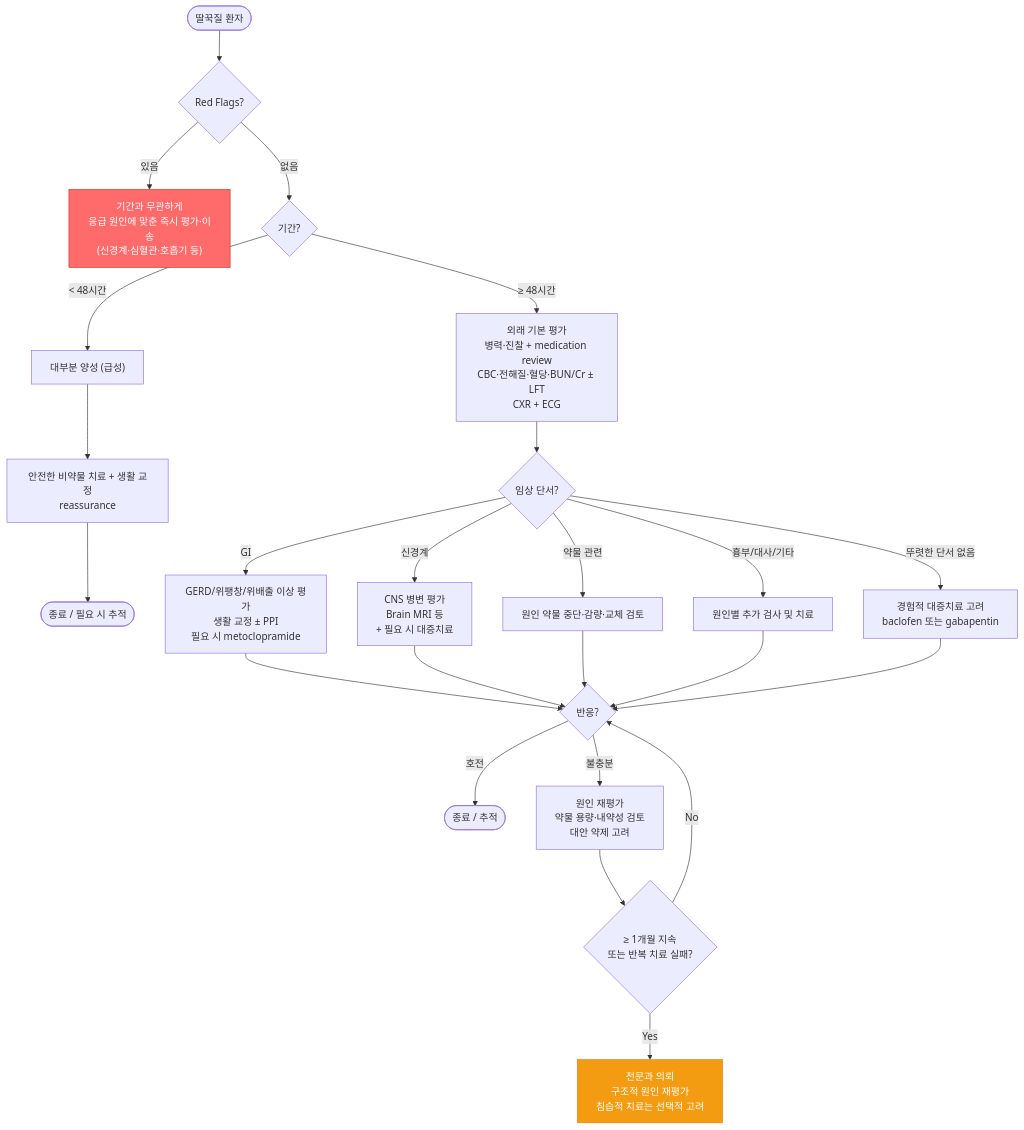
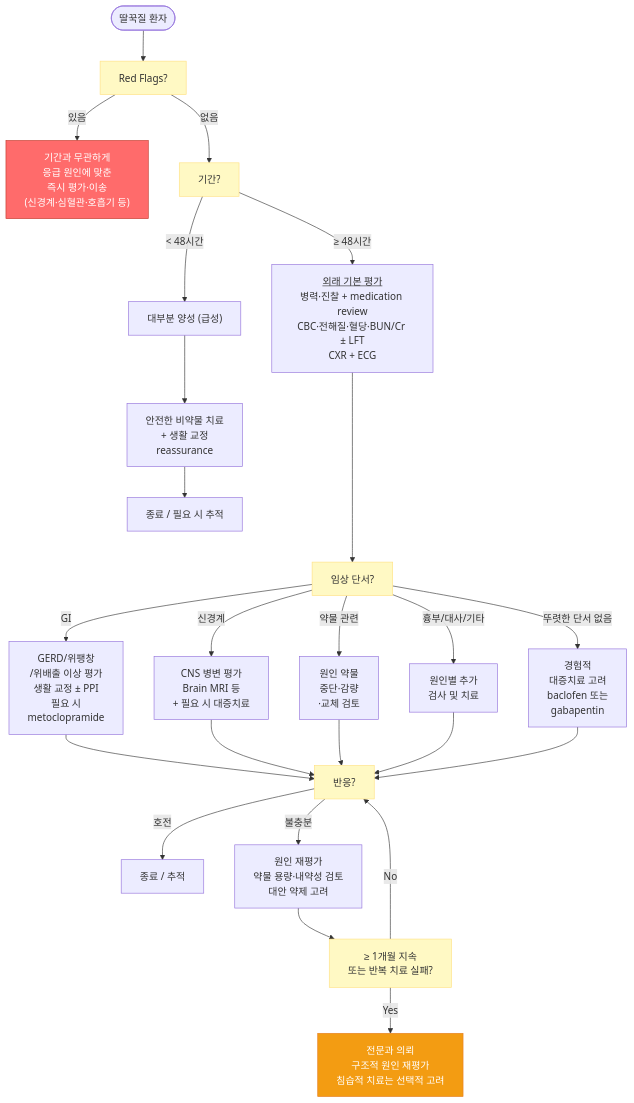
Before and after one commit to familyoh77/familyoh77: the diagram in 220_/010_-hiccups-singultus.md, drawn with Mermaid. The commit also changed other lines of this file, not shown here.

````diff
--- a/220_/010_-hiccups-singultus.md
+++ b/220_/010_-hiccups-singultus.md
@@ -110,34 +113,31 @@
 ```mermaid
 graph TD
-    A([딸꾹질 환자]) --> Z{Red Flags?}
-    Z -->|있음| G["기간과 무관하게<br/>응급 원인에 맞춘 즉시 평가·이송<br/>(신경계·심혈관·호흡기 등)"]
-    Z -->|없음| B{기간?}
-
+    A([딸꾹질 환자]) --> Z[Red Flags?]
+    Z -->|있음| G["기간과 무관하게<br/>응급 원인에 맞춘 <br/>즉시 평가·이송<br/>(신경계·심혈관·호흡기 등)"]
+    Z -->|없음| B[기간?]
     B -->|"< 48시간"| C["대부분 양성 (급성)"]
-    C --> D["안전한 비약물 치료 + 생활 교정<br/>reassurance"]
-    D --> E([종료 / 필요 시 추적])
-
-    B -->|"≥ 48시간"| H["외래 기본 평가<br/>병력·진찰 + medication review<br/>CBC·전해질·혈당·BUN/Cr ± LFT<br/>CXR + ECG"]
-
-    H --> I{임상 단서?}
-    I -->|GI| J["GERD/위팽창/위배출 이상 평가<br/>생활 교정 ± PPI<br/>필요 시 metoclopramide"]
+    C --> D["안전한 비약물 치료 <br/>+ 생활 교정<br/>reassurance"]
+    D --> E[종료 / 필요 시 추적]
+    B -->|"≥ 48시간"| H["<u>외래 기본 평가</u><br/>병력·진찰 + medication review<br/>CBC·전해질·혈당·BUN/Cr <br/>± LFT<br/>CXR + ECG"]
+    H ----> I[임상 단서?]
+    I -->|GI| J["GERD/위팽창<br/>/위배출 이상 평가<br/>생활 교정 ± PPI<br/>필요 시 <br/>metoclopramide"]
     I -->|신경계| K["CNS 병변 평가<br/>Brain MRI 등<br/>+ 필요 시 대증치료"]
-    I -->|약물 관련| L["원인 약물 중단·감량·교체 검토"]
-    I -->|흉부/대사/기타| M["원인별 추가 검사 및 치료"]
-    I -->|뚜렷한 단서 없음| N["경험적 대증치료 고려<br/>baclofen 또는 gabapentin"]
-
-    J --> O{반응?}
+    I -->|약물 관련| L["원인 약물 <br/>중단·감량<br/>·교체 검토"]
+    I -->|흉부/대사/기타| M["원인별 추가 <br/>검사 및 치료"]
+    I -->|뚜렷한 단서 없음| N["경험적 <br/>대증치료 고려<br/>baclofen 또는<br/> gabapentin"]
+    J --> O[반응?]
     K --> O
     L --> O
     M --> O
     N --> O
-
-    O -->|호전| P([종료 / 추적])
+    O -->|호전| P[종료 / 추적]
     O -->|불충분| Q["원인 재평가<br/>약물 용량·내약성 검토<br/>대안 약제 고려"]
-    Q --> R{"≥ 1개월 지속<br/>또는 반복 치료 실패?"}
+    Q --> R["≥ 1개월 지속<br/>또는 반복 치료 실패?"]
     R -->|Yes| S["전문과 의뢰<br/>구조적 원인 재평가<br/>침습적 치료는 선택적 고려"]
     R -->|No| O
-
     style G fill:#ff6b6b,stroke:#c0392b,color:#fff
     style S fill:#f39c12,stroke:#e67e22,color:#fff
+
+classDef yellow fill:#fff9c4,stroke:#ffe082
+class I,O,R,Z,B yellow
 ```
````
